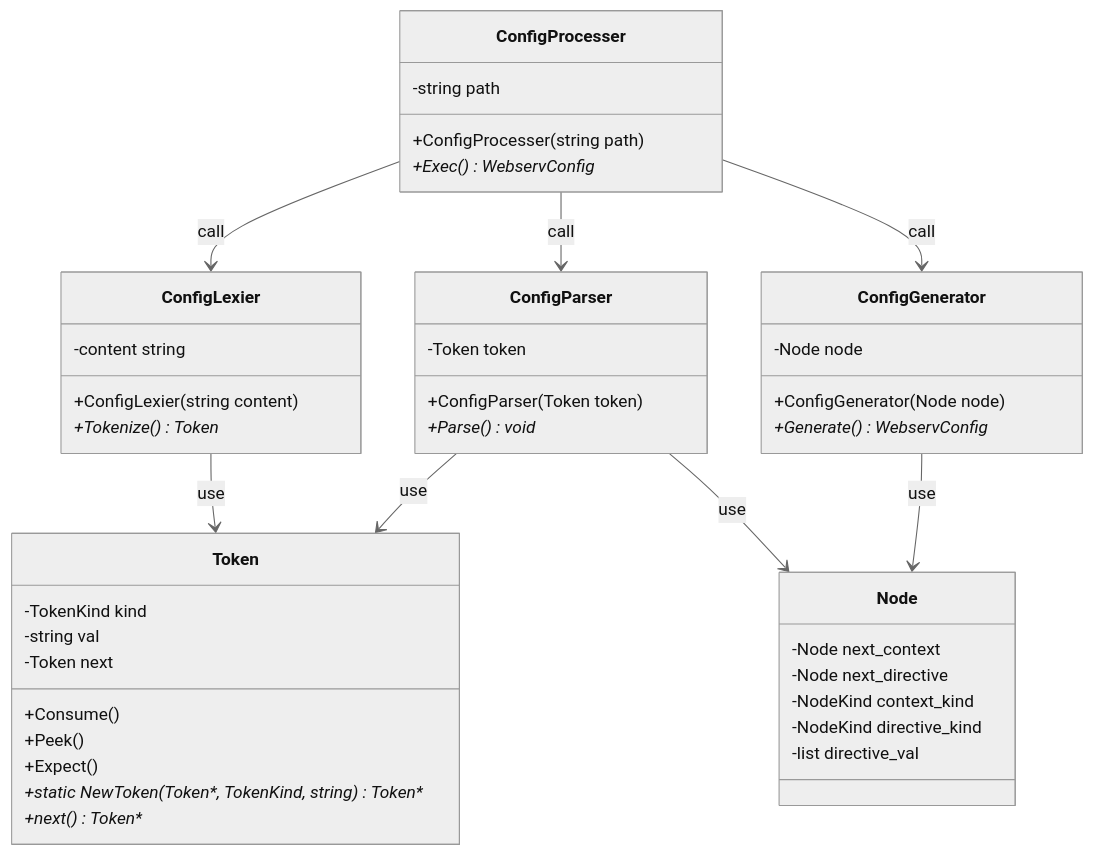
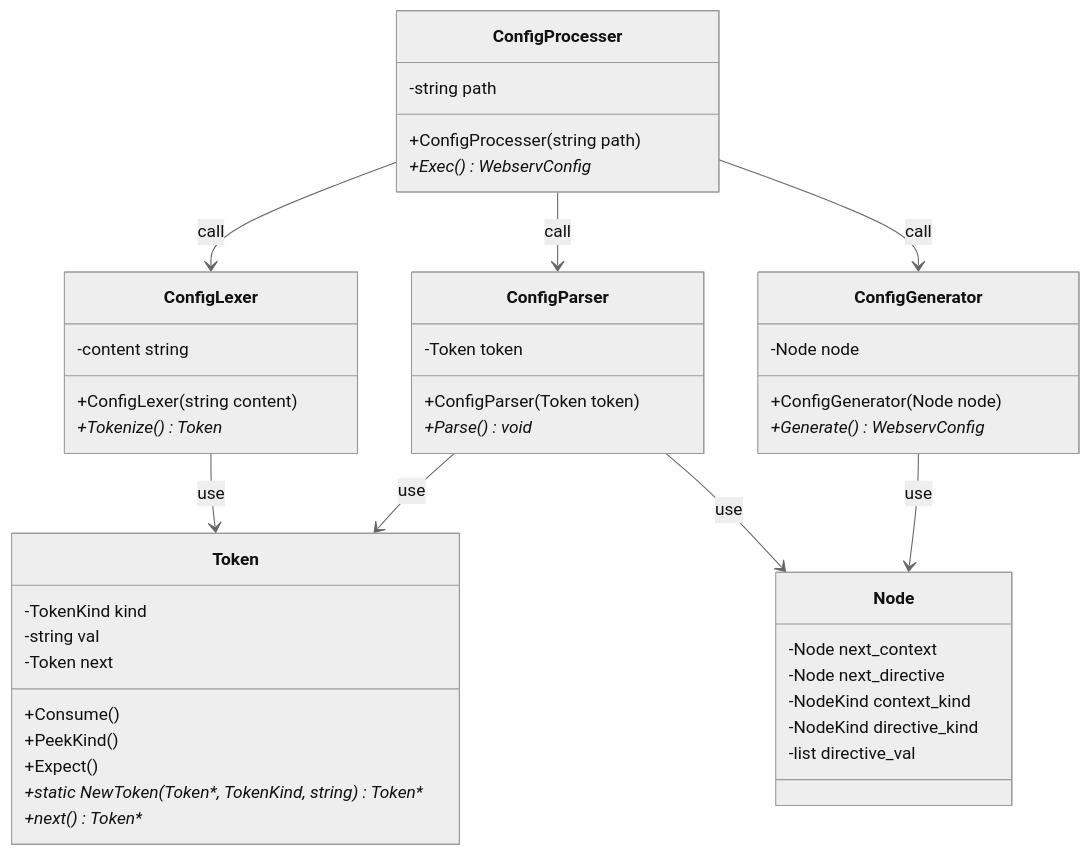
The diagram in docs/class/config_parser_class.md (katataku/webserv), drawn with Mermaid (neutral theme) before and after one commit. The commit also changed other lines of this file, not shown here.

Commit message:
fix: レキサーのスペルミスを修正

````diff
--- a/docs/class/config_parser_class.md
+++ b/docs/class/config_parser_class.md
@@ -1,59 +1,59 @@
 ```mermaid
 classDiagram
-    ConfigProcesser --> ConfigLexier : call
+    ConfigProcesser --> ConfigLexer : call
     ConfigProcesser --> ConfigParser : call
     ConfigProcesser --> ConfigGenerator : call
-    ConfigLexier --> Token : use
+    ConfigLexer --> Token : use
     ConfigParser --> Token : use
     ConfigParser --> Node : use
     ConfigGenerator --> Node : use
 
     %% configファイルを解釈してWebservConfigを作成するところまでを担当 %%
     class ConfigProcesser {
       +ConfigProcesser(string path)
       +Exec()* WebservConfig
       -string path
     }
 
     %% configファイルの内容を字句解析するところまでを担当 %%
-    class ConfigLexier {
-      +ConfigLexier(string content)
+    class ConfigLexer {
+      +ConfigLexer(string content)
       +Tokenize()* Token
       -content string
     }
 
     %% 軸解析後のトークンを構文解析するところまでを担当 %%
     class ConfigParser {
       +ConfigParser(Token token)
       +Parse()* void
       -Token token
     }
 
     %% 構文解析後のノードを元にWebservConfigを作成するところまでを担当 %%
     class ConfigGenerator {
       +ConfigGenerator(Node node)
       +Generate()* WebservConfig
       -Node node
     }
 
     %% 字句解析後のトークンを表すクラス %%
     class Token {
         +Consume()
-        +Peek()
+        +PeekKind()
         +Expect()
         +static NewToken(Token*, TokenKind, string)* Token*
         +next()* Token*
         -TokenKind kind
         -string val
         -Token next
     }
 
     %% 構文解析後のノードを表すクラス %%
     class Node {
       -Node next_context
       -Node next_directive
       -NodeKind context_kind
       -NodeKind directive_kind
       -list<string> directive_val
     }
 ```
````
